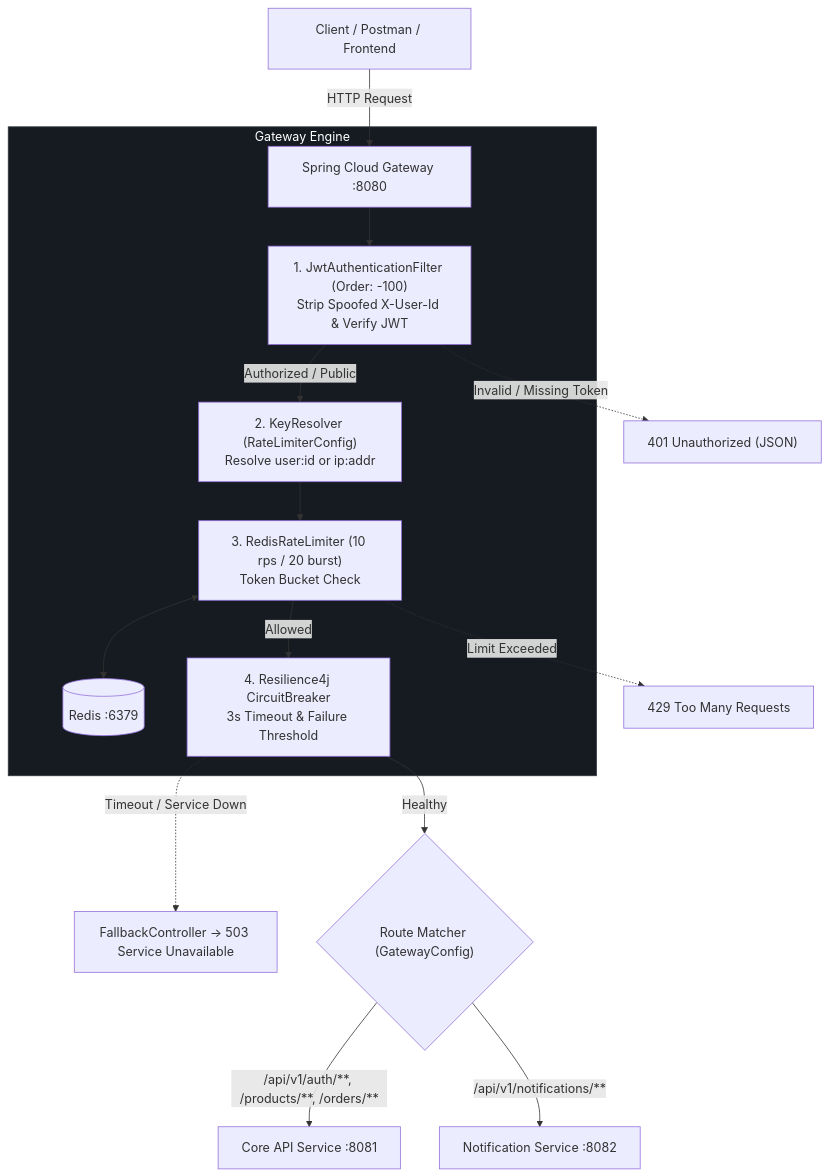
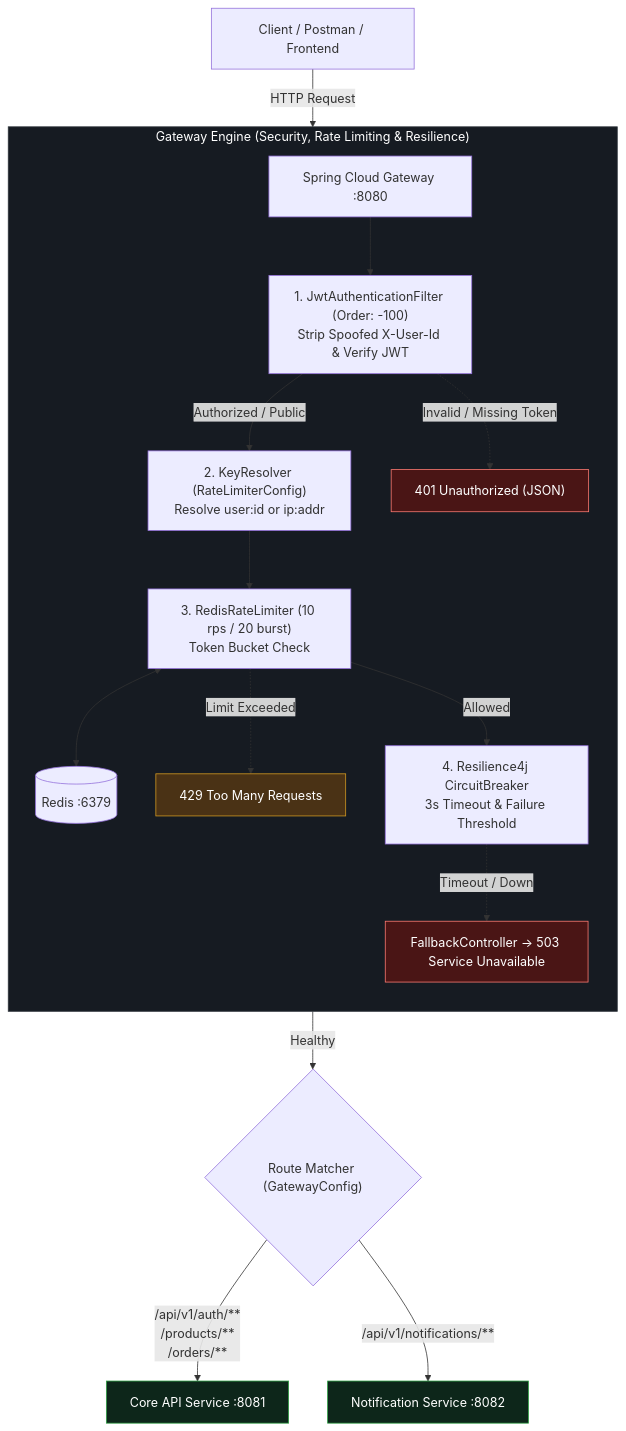
Before and after one commit to yusufkayiss/api-gateway: the first of 2 diagrams in README.md, drawn with Mermaid. The commit also changed other lines of this file, not shown here.

Commit message:
Revise Gateway Engine diagram and descriptions
Updated the Gateway Engine diagram and descriptions in both English and Turkish sections of the README to reflect changes in security, rate limiting, and resilience features.

````diff
--- a/README.md
+++ b/README.md
@@ -25,22 +25,32 @@
 ```mermaid
 flowchart TD
     Client[Client / Postman / Frontend] -->|HTTP Request| Gateway[Spring Cloud Gateway :8080]
 
-    subgraph GatewayEngine ["Gateway Engine"]
+    subgraph GatewayEngine ["Gateway Engine (Security, Rate Limiting & Resilience)"]
+        direction TB
         Gateway --> AuthFilter["1. JwtAuthenticationFilter (Order: -100)<br/>Strip Spoofed X-User-Id & Verify JWT"]
+        
         AuthFilter -->|Authorized / Public| KeyRes["2. KeyResolver (RateLimiterConfig)<br/>Resolve user:id or ip:addr"]
+        AuthFilter -.->|Invalid / Missing Token| Err401["401 Unauthorized (JSON)"]
+        
         KeyRes --> RedisLimiter["3. RedisRateLimiter (10 rps / 20 burst)<br/>Token Bucket Check"]
+        
         RedisLimiter <--> Redis[(Redis :6379)]
+        RedisLimiter -.->|Limit Exceeded| Err429["429 Too Many Requests"]
+        
         RedisLimiter -->|Allowed| CB["4. Resilience4j CircuitBreaker<br/>3s Timeout & Failure Threshold"]
+        CB -.->|Timeout / Down| Fallback["FallbackController → 503 Service Unavailable"]
     end
 
-    AuthFilter -.->|Invalid / Missing Token| Err401["401 Unauthorized (JSON)"]
-    RedisLimiter -.->|Limit Exceeded| Err429["429 Too Many Requests"]
-    CB -.->|Timeout / Service Down| Fallback["FallbackController → 503 Service Unavailable"]
-
     CB -->|Healthy| Routing{"Route Matcher (GatewayConfig)"}
-    Routing -->|/api/v1/auth/**, /products/**, /orders/**| CoreAPI["Core API Service :8081"]
+    
+    Routing -->|/api/v1/auth/**<br>/products/**<br>/orders/**| CoreAPI["Core API Service :8081"]
     Routing -->|/api/v1/notifications/**| NotifAPI["Notification Service :8082"]
 
     style GatewayEngine fill:#161b22,stroke:#30363d,stroke-width:1px,color:#fff
+    style Err401 fill:#4a1515,stroke:#ff7b72,color:#fff
+    style Err429 fill:#4a3215,stroke:#d29922,color:#fff
+    style Fallback fill:#4a1515,stroke:#ff7b72,color:#fff
+    style CoreAPI fill:#0d261a,stroke:#2ea043,color:#fff
+    style NotifAPI fill:#0d261a,stroke:#2ea043,color:#fff
 ```
````
